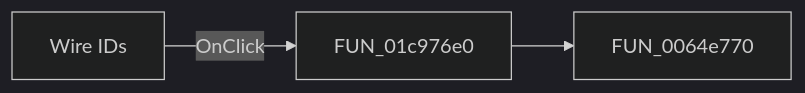
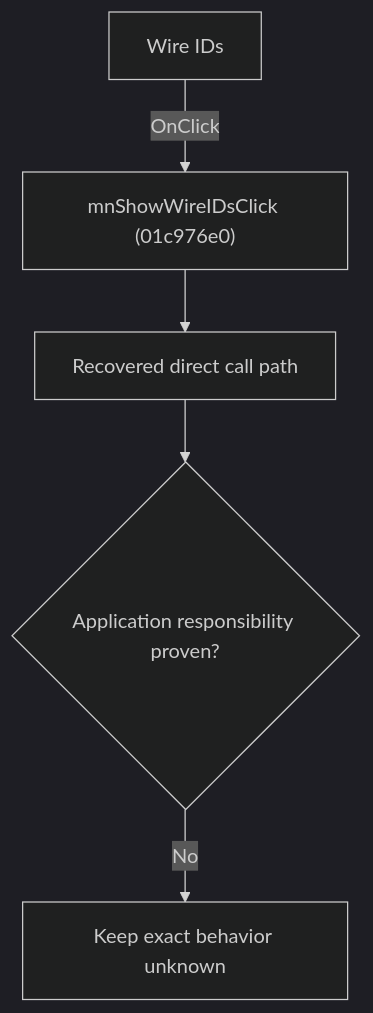
The diagram in docs/ui-controls/schematiceditor/mnshowwireids-dba8da5138.md (MovGP0/TIARA), drawn with Mermaid (dark theme) before and after one commit. The commit also changed other lines of this file and 1062 other files, not shown here.

````diff
--- a/docs/ui-controls/schematiceditor/mnshowwireids-dba8da5138.md
+++ b/docs/ui-controls/schematiceditor/mnshowwireids-dba8da5138.md
@@ -27,5 +27,7 @@
 ```mermaid
-flowchart LR
-    control["Wire IDs"] -->|OnClick| handler["FUN_01c976e0"]
-    handler --> call1["FUN_0064e770"]
+flowchart TD
+    control["Wire IDs"] -->|"OnClick"| handler["mnShowWireIDsClick (01c976e0)"]
+    handler --> recovered["Recovered direct call path"]
+    recovered --> gap{"Application responsibility proven?"}
+    gap -->|"No"| blocked["Keep exact behavior unknown"]
 ```
````
